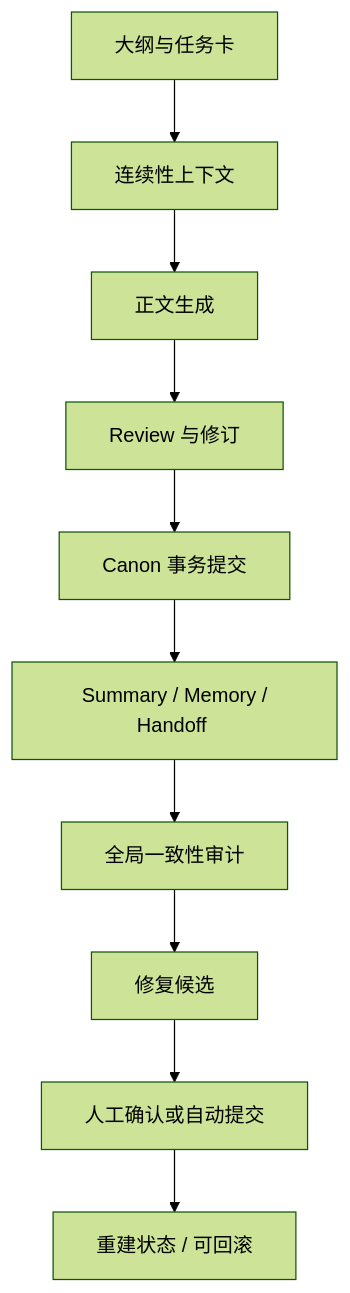
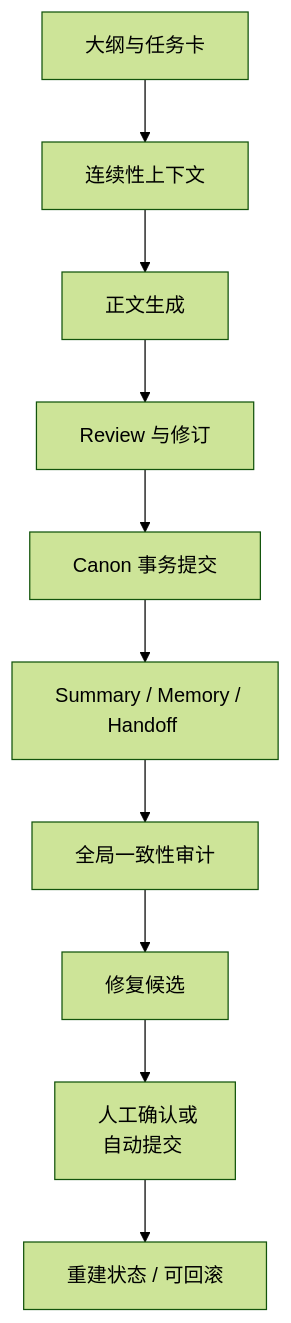
Before and after one commit to shjkea/NovelAgent: the first of 3 diagrams in README.md, drawn with Mermaid (forest theme). The commit also changed other lines of this file and 1 other file, not shown here.

Commit message:
Fix Mermaid label clipping

````diff
--- a/README.md
+++ b/README.md
@@ -15,12 +15,12 @@
 ```mermaid
 flowchart TD
     A["&nbsp;大纲与任务卡&nbsp;"] --> B["&nbsp;连续性上下文&nbsp;"]
     B --> C["&nbsp;正文生成&nbsp;"]
     C --> D["&nbsp;Review 与修订&nbsp;"]
     D --> E["&nbsp;Canon 事务提交&nbsp;"]
-    E --> F["&nbsp;Summary / Memory / Handoff&nbsp;"]
+    E --> F["&nbsp;Summary / Memory /<br/>Handoff&nbsp;"]
     F --> G["&nbsp;全局一致性审计&nbsp;"]
     G --> H["&nbsp;修复候选&nbsp;"]
-    H --> I["&nbsp;人工确认或自动提交&nbsp;"]
+    H --> I["&nbsp;人工确认或<br/>自动提交&nbsp;"]
     I --> J["&nbsp;重建状态 / 可回滚&nbsp;"]
 ```
````
